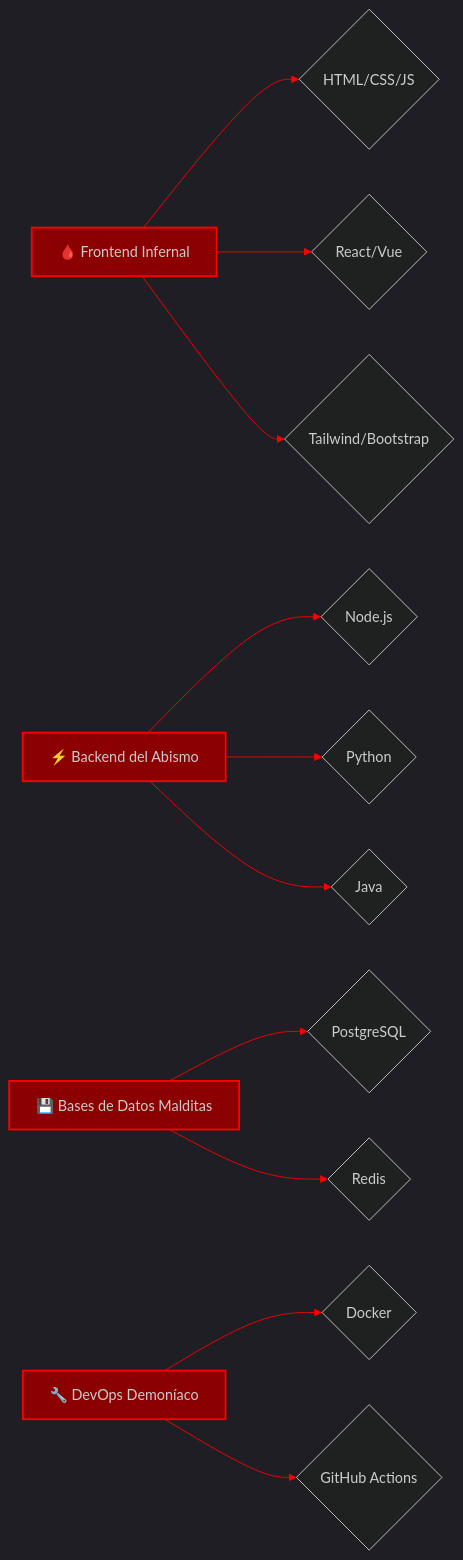
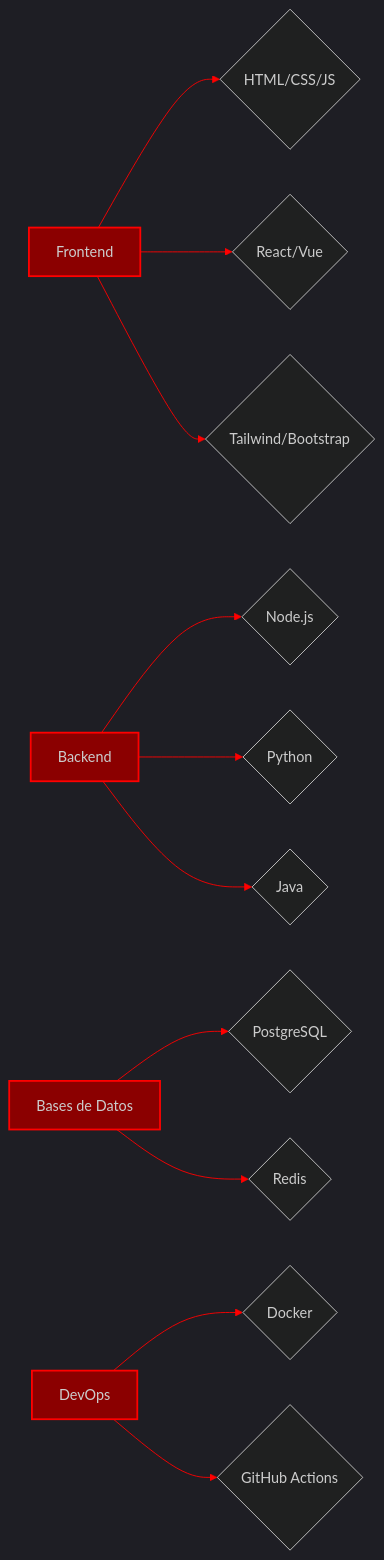
Before and after one commit to LuisAlfonso107/LuisAlfonso107: the diagram in README.md, drawn with Mermaid. The commit also changed other lines of this file, not shown here.

````diff
--- a/README.md
+++ b/README.md
@@ -77,22 +74,22 @@
 ```mermaid
-%%{init: {'theme': 'dark', 'themeVariables': { 'primaryColor': '#8b0000', 'primaryTextColor': '#ff0000', 'primaryBorderColor': '#ff0000', 'lineColor': '#ff0000', 'secondaryColor': '#660000', 'tertiaryColor': '#330000'}}}%%
+%%{init: {'theme': 'dark', 'themeVariables': { 'primaryColor': '#8b0000', 'primary TextColor': '#ff0000', 'primaryBorderColor': '#ff0000', 'lineColor': '#ff0000', 'secondaryColor': '#660000', 'tertiaryColor': '#330000'}}}%%
 graph LR
-    A[🩸 Frontend Infernal] --> B{HTML/CSS/JS}
+    A[Frontend] --> B{HTML/CSS/JS}
     A --> C{React/Vue}
     A --> D{Tailwind/Bootstrap}
     
-    E[⚡ Backend del Abismo] --> F{Node.js}
+    E[Backend] --> F{Node.js}
     E --> G{Python}
     E --> H{Java}
     
-    I[💾 Bases de Datos Malditas] --> J{PostgreSQL}
+    I[Bases de Datos] --> J{PostgreSQL}
     I --> K{Redis}
     
-    L[🔧 DevOps Demoníaco] --> M{Docker}
+    L[DevOps] --> M{Docker}
     L --> N{GitHub Actions}
     
     style A fill:#8b0000,stroke:#ff0000,stroke-width:2px
     style E fill:#8b0000,stroke:#ff0000,stroke-width:2px
     style I fill:#8b0000,stroke:#ff0000,stroke-width:2px
     style L fill:#8b0000,stroke:#ff0000,stroke-width:2px
 ```
````
